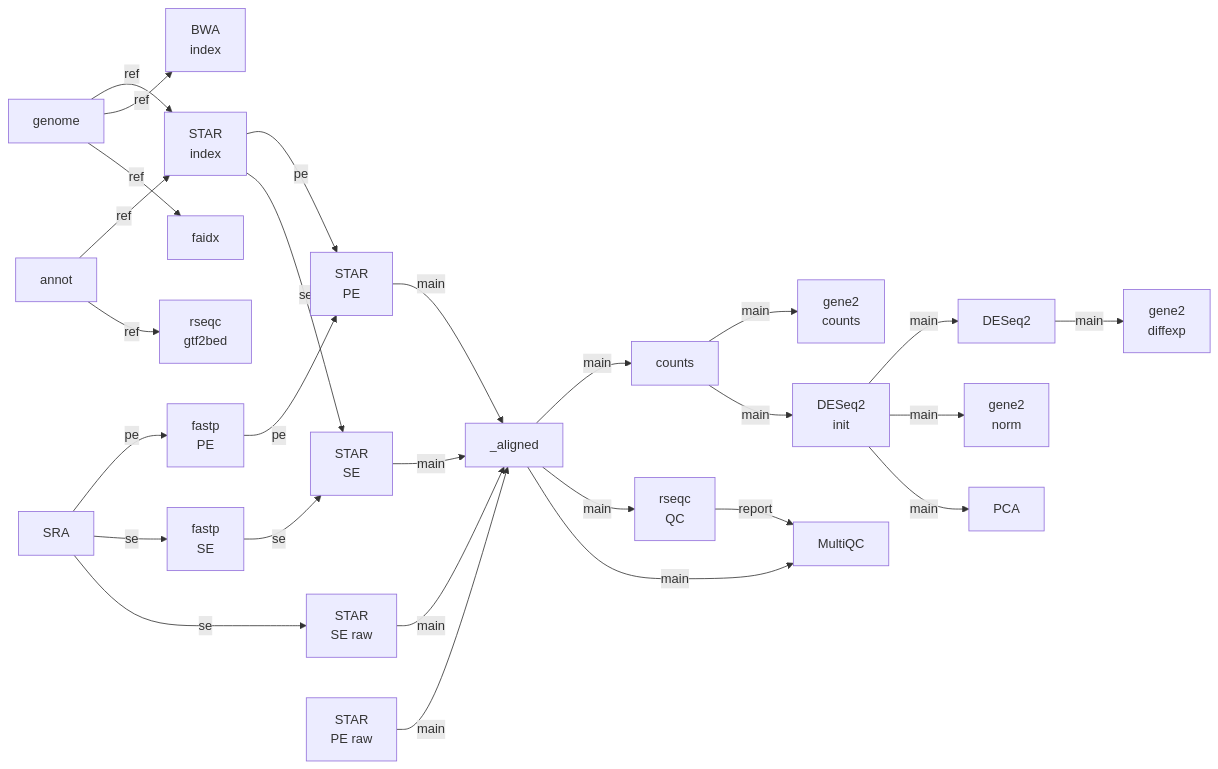
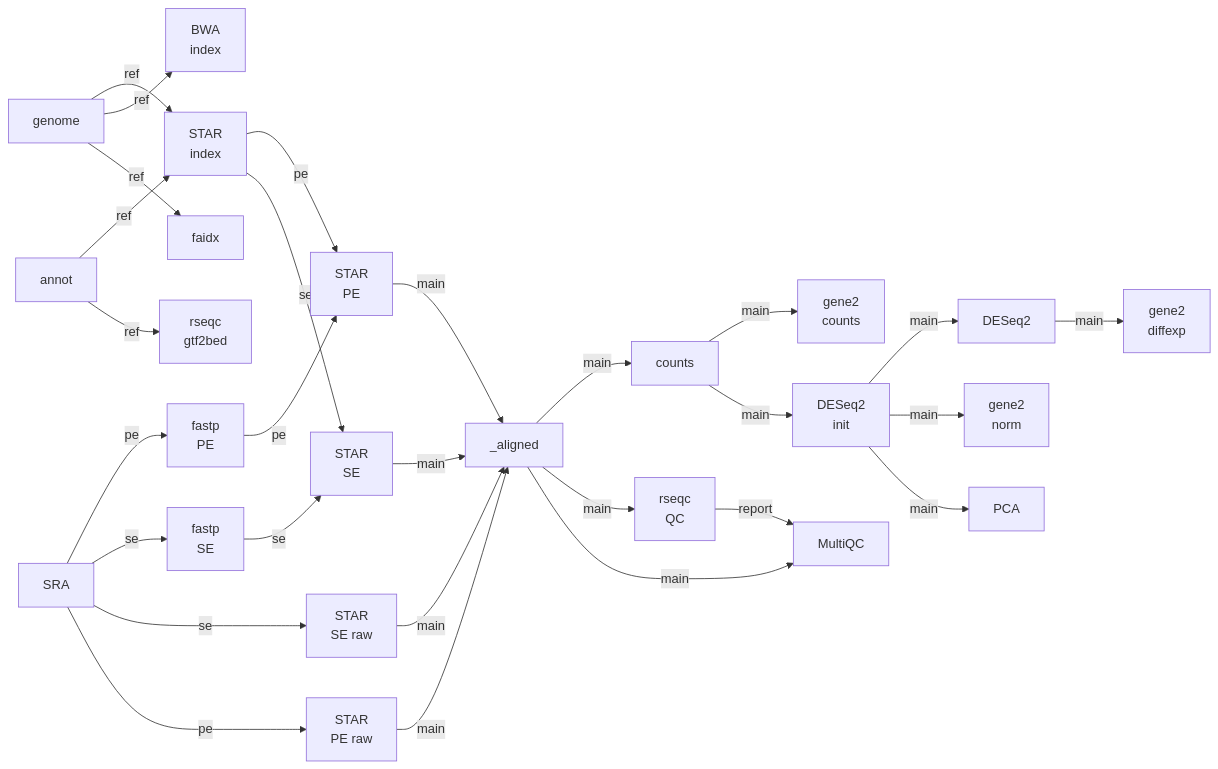
Before and after one commit to oxo-flow-community/oxo-flow-community.github.io: the diagram in scripts/semantic_maps/oxo-flow-rnaseq-star-deseq2.mmd, drawn with Mermaid. The commit also changed 1 other file, not shown here.

Commit message:
semantic(rnaseq-star): final science audit — 69/69 edges verified real (+SRA→PE-raw edge added), 11 aggregation elisions documented

```diff
--- a/scripts/semantic_maps/oxo-flow-rnaseq-star-deseq2.mmd
+++ b/scripts/semantic_maps/oxo-flow-rnaseq-star-deseq2.mmd
@@ -1,37 +1,39 @@
 %%metro line: main | Main pipeline | #79706E
 %%metro line: ref | Data acquisition | #4C78A8
 %%metro line: pe | PE alignment | #54A24B
 %%metro line: se | SE alignment | #F2A93B
 %%metro line: report | Reporting | #F2CF5B
 
 %%metro font_scale: 1.9
 %%metro stroke_scale: 1.6
 %%metro legend: br
 
 graph LR
     get_genome["genome"] -->|ref| star_index["STAR\nindex"]
     get_annotation["annot"] -->|ref| star_index["STAR\nindex"]
     get_genome["genome"] -->|ref| bwa_index["BWA\nindex"]
     get_genome["genome"] -->|ref| genome_faidx["faidx"]
     get_annotation["annot"] -->|ref| rseqc_gtf2bed["rseqc\ngtf2bed"]
     get_sra["SRA"] -->|pe| fastp_pe["fastp\nPE"]
     fastp_pe["fastp\nPE"] -->|pe| star_align["STAR\nPE"]
     star_index["STAR\nindex"] -->|pe| star_align["STAR\nPE"]
     get_sra["SRA"] -->|se| fastp_se["fastp\nSE"]
     fastp_se["fastp\nSE"] -->|se| star_align_se["STAR\nSE"]
     get_sra["SRA"] -->|se| star_align_se_raw["STAR\nSE raw"]
+    get_sra["SRA"] -->|pe| star_align_raw["STAR\nPE raw"]
+
     star_index["STAR\nindex"] -->|se| star_align_se["STAR\nSE"]
     star_align["STAR\nPE"] -->|main| _aligned["_aligned"]
     star_align_raw["STAR\nPE raw"] -->|main| _aligned["_aligned"]
     star_align_se["STAR\nSE"] -->|main| _aligned["_aligned"]
     star_align_se_raw["STAR\nSE raw"] -->|main| _aligned["_aligned"]
     _aligned["_aligned"] -->|main| count_matrix["counts"]
     _aligned["_aligned"] -->|main| rseqc_QC["rseqc\nQC"]
     _aligned["_aligned"] -->|main| multiqc["MultiQC"]
     count_matrix["counts"] -->|main| gene_2_symbol_counts["gene2\ncounts"]
     count_matrix["counts"] -->|main| deseq2_init["DESeq2\ninit"]
     deseq2_init["DESeq2\ninit"] -->|main| deseq2["DESeq2"]
     deseq2_init["DESeq2\ninit"] -->|main| gene_2_symbol_normcounts["gene2\nnorm"]
     deseq2_init["DESeq2\ninit"] -->|main| DESeq2_PCA["PCA"]
     deseq2["DESeq2"] -->|main| gene_2_symbol_diffexp["gene2\ndiffexp"]
     rseqc_QC["rseqc\nQC"] -->|report| multiqc["MultiQC"]
```
